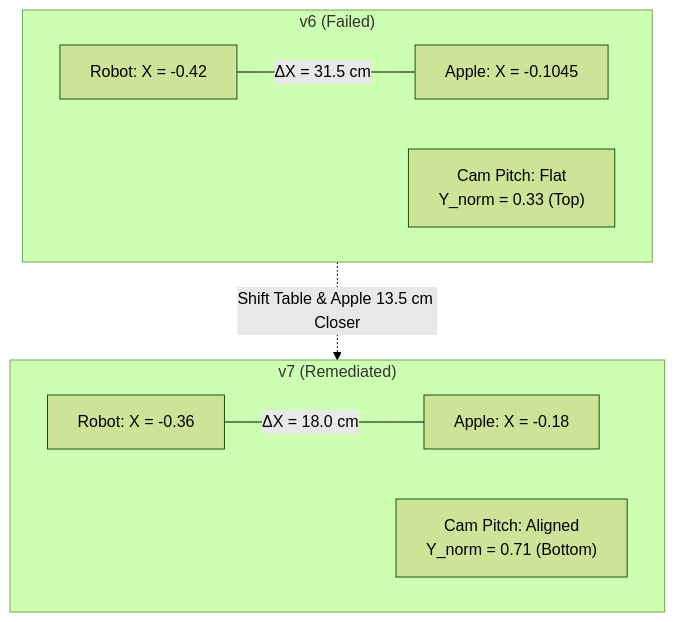
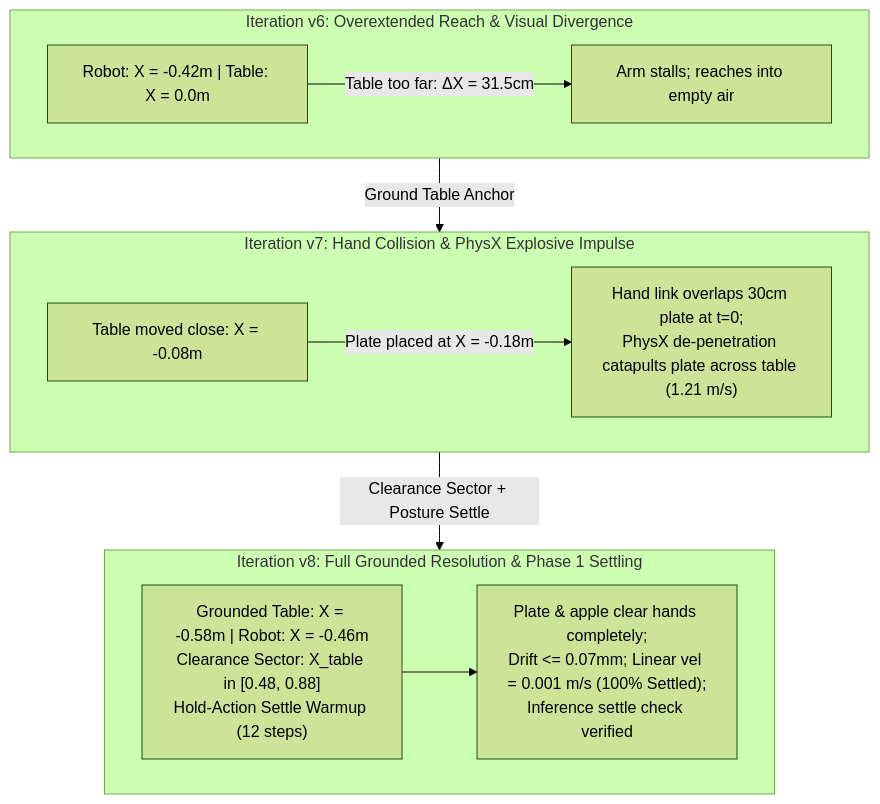
The diagram in .agents/references/plans/g1_tabletop_apple_remediation_plan.md (boredengineering/IsaacLab-Arena), drawn with Mermaid (forest theme) before and after one commit. The commit also changed other lines of this file and 15 other files, not shown here.

````diff
--- a/.agents/references/plans/g1_tabletop_apple_remediation_plan.md
+++ b/.agents/references/plans/g1_tabletop_apple_remediation_plan.md
@@ -55,14 +15,17 @@
 ```mermaid
 flowchart TD
-    subgraph S0["v6 (Failed)"]
-        R0["Robot: X = -0.42"] ---|ΔX = 31.5 cm| A0["Apple: X = -0.1045"]
-        CAM0["Cam Pitch: Flat<br/>Y_norm = 0.33 (Top)"]
+    subgraph V6 ["Iteration v6: Overextended Reach & Visual Divergence"]
+        F1["Robot: X = -0.42m | Table: X = 0.0m"] -->|Table too far: ΔX = 31.5cm| E1["Arm stalls; reaches into empty air"]
     end
 
-    subgraph S1["v7 (Remediated)"]
-        R1["Robot: X = -0.36"] ---|ΔX = 18.0 cm| A1["Apple: X = -0.18"]
-        CAM1["Cam Pitch: Aligned<br/>Y_norm = 0.71 (Bottom)"]
+    subgraph V7 ["Iteration v7: Hand Collision & PhysX Explosive Impulse"]
+        F2["Table moved close: X = -0.08m"] -->|Plate placed at X = -0.18m| E2["Hand link overlaps 30cm plate at t=0;<br/>PhysX de-penetration catapults plate across table (1.21 m/s)"]
     end
 
-    S0 -.->|Shift Table & Apple 13.5 cm Closer| S1
+    subgraph V8 ["Iteration v8: Full Grounded Resolution & Phase 1 Settling"]
+        F3["Grounded Table: X = -0.58m | Robot: X = -0.46m<br/>Clearance Sector: X_table in [0.48, 0.88]<br/>Hold-Action Settle Warmup (12 steps)"] --> E3["Plate & apple clear hands completely;<br/>Drift <= 0.07mm; Linear vel = 0.001 m/s (100% Settled);<br/>Inference settle check verified"]
+    end
+
+    V6 -->|Ground Table Anchor| V7
+    V7 -->|Clearance Sector + Posture Settle| V8
 ```
````
